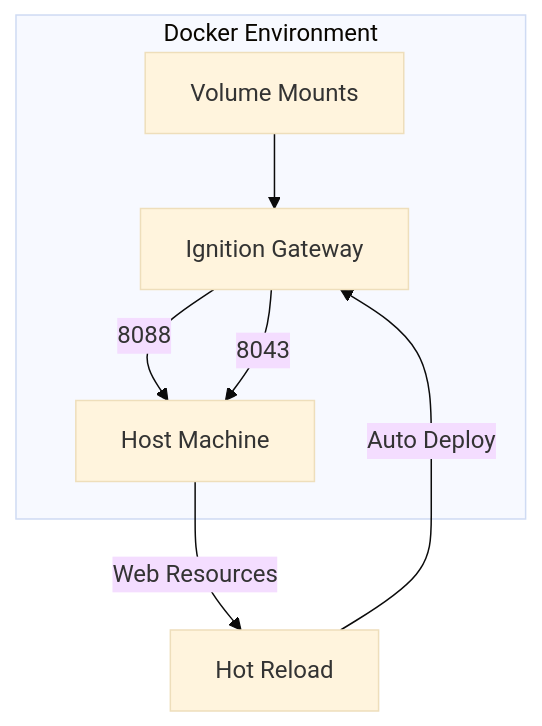
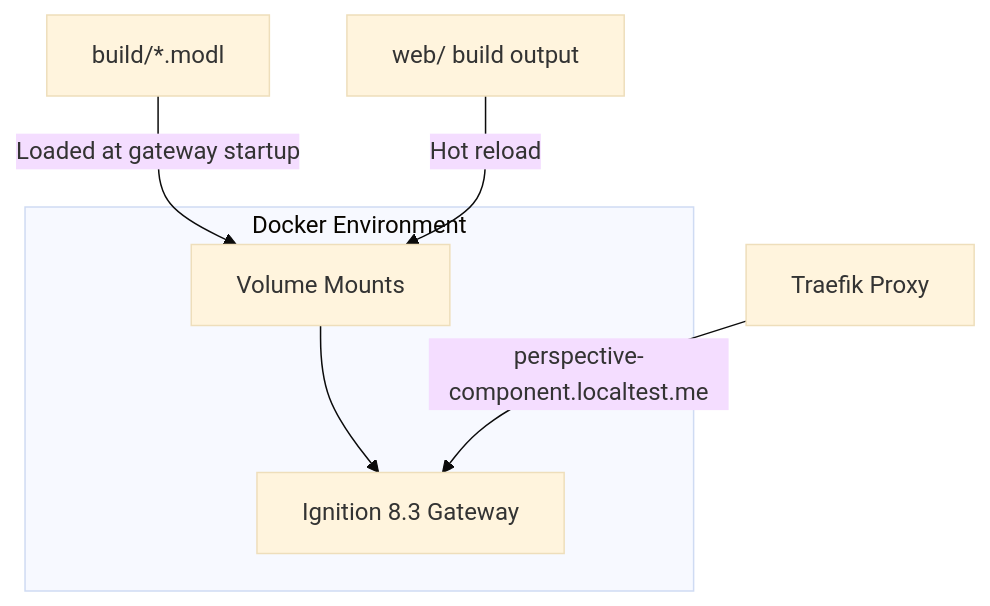
The diagram in docs/docs/2-Development/1-docker-setup.md (keith-gamble/example-perspective-component-module), drawn with Mermaid (base theme) before and after one commit. The commit also changed other lines of this file and 33 other files, not shown here.

````diff
--- a/docs/docs/2-Development/1-docker-setup.md
+++ b/docs/docs/2-Development/1-docker-setup.md
@@ -12,10 +12,10 @@
 ```mermaid
 graph TB
     subgraph "Docker Environment"
-        A[Ignition Gateway] -- "8088" --> B[Host Machine]
-        A -- "8043" --> B
+        A[Ignition 8.3 Gateway]
         C[Volume Mounts] --> A
     end
-    B -- "Web Resources" --> D[Hot Reload]
-    D -- "Auto Deploy" --> A
+    P[Traefik Proxy] -- "perspective-component.localtest.me" --> A
+    M[build/*.modl] -- "Loaded at gateway startup" --> C
+    W[web/ build output] -- "Hot reload" --> C
 ```
````
